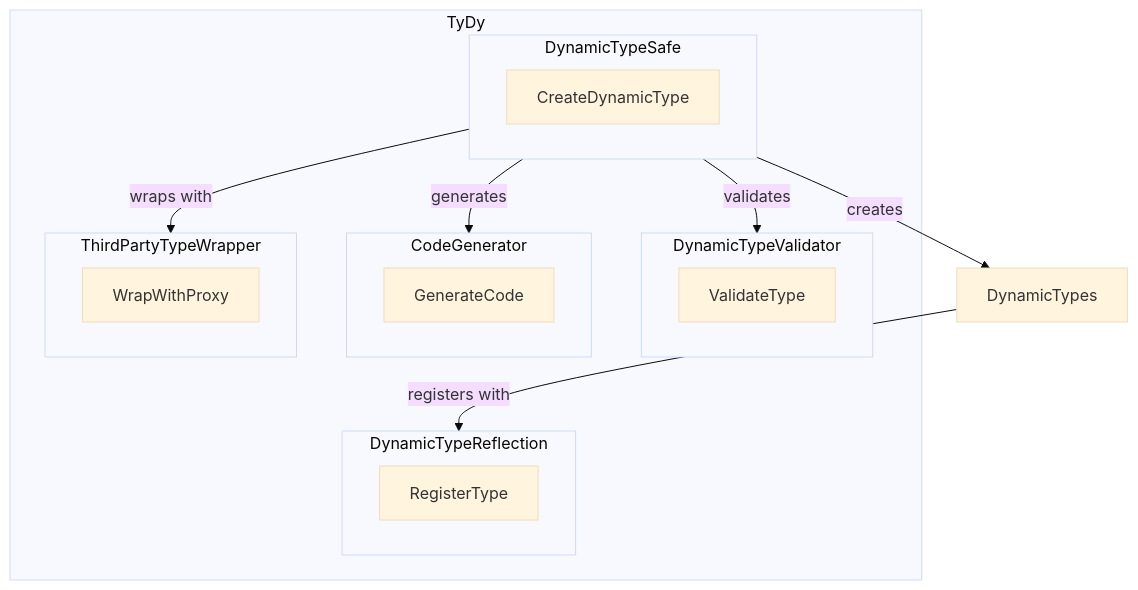
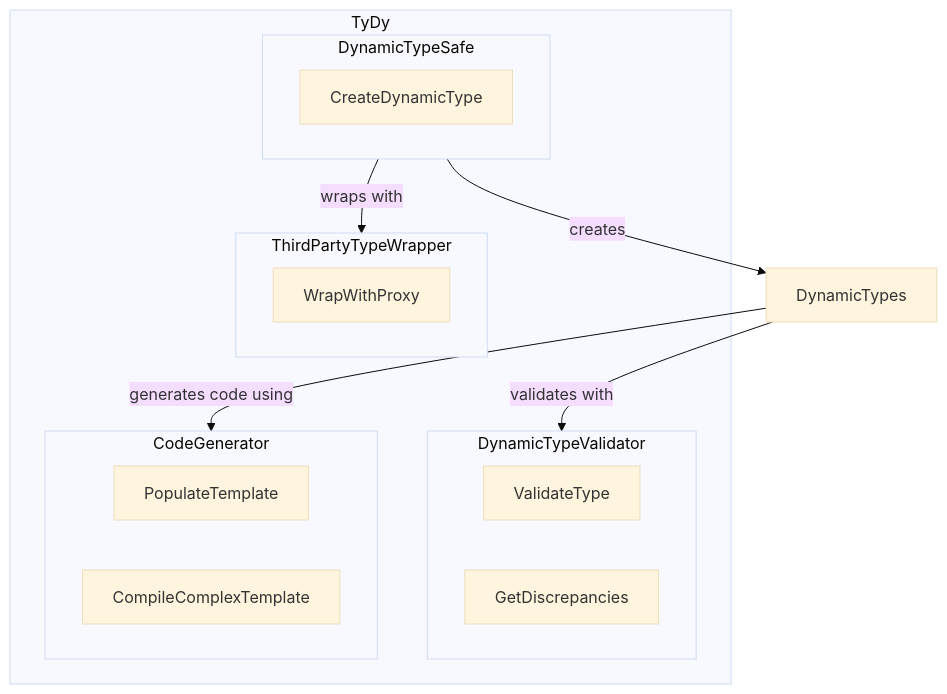
The diagram in README.md (RyanMyrvold/Performance-Decorators), drawn with Mermaid (base theme) before and after one commit. The commit also changed 1 other file, not shown here.

Commit message:
Revise Visual Mermaid Graph.

````diff
--- a/README.md
+++ b/README.md
@@ -16,26 +16,24 @@
 ```mermaid
 graph TD
   subgraph TyDy
     subgraph DynamicTypeSafe
       CreateDynamicType
     end
-    subgraph DynamicTypeReflection
-      RegisterType
-    end
     subgraph DynamicTypeValidator
       ValidateType
+      GetDiscrepancies
     end
     subgraph CodeGenerator
-      GenerateCode
+      PopulateTemplate
+      CompileComplexTemplate
     end
     subgraph ThirdPartyTypeWrapper
       WrapWithProxy
     end
   end
 
   DynamicTypeSafe --> |creates| DynamicTypes
-  DynamicTypes --> |registers with| DynamicTypeReflection
-  DynamicTypeSafe --> |validates| DynamicTypeValidator
-  DynamicTypeSafe --> |generates| CodeGenerator
+  DynamicTypes --> |validates with| DynamicTypeValidator
+  DynamicTypes --> |generates code using| CodeGenerator
   DynamicTypeSafe --> |wraps with| ThirdPartyTypeWrapper
 ```
````
